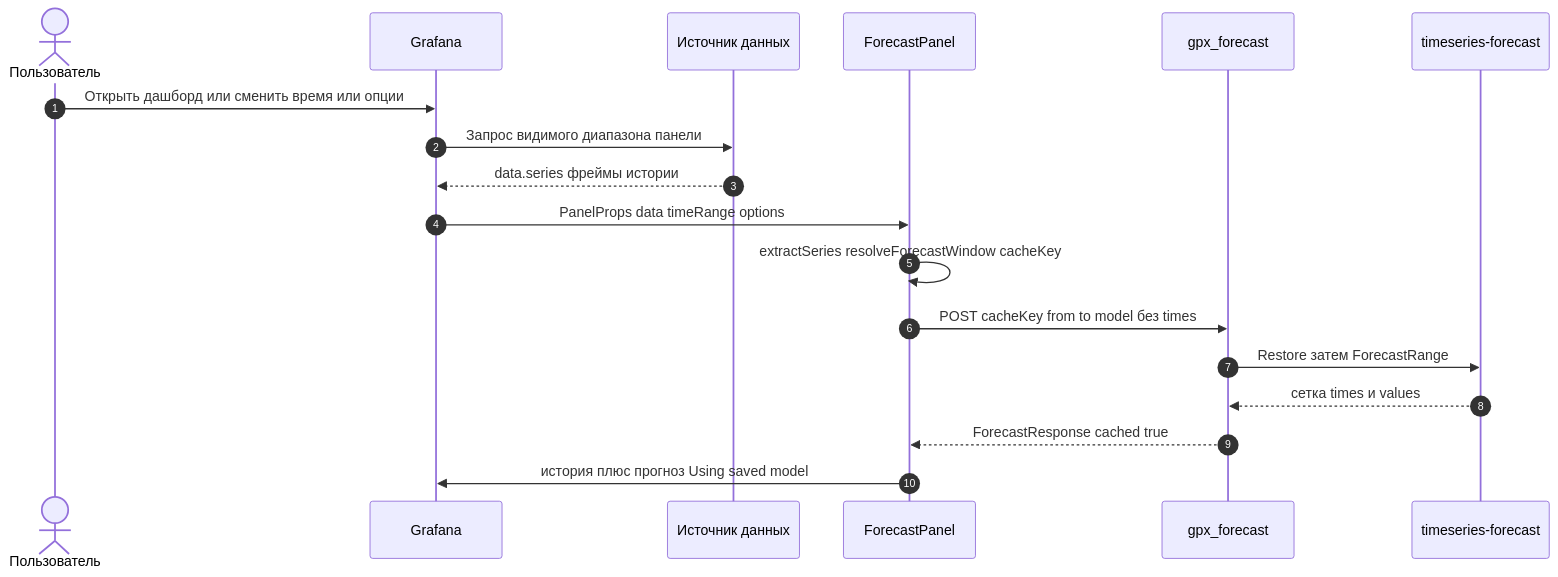
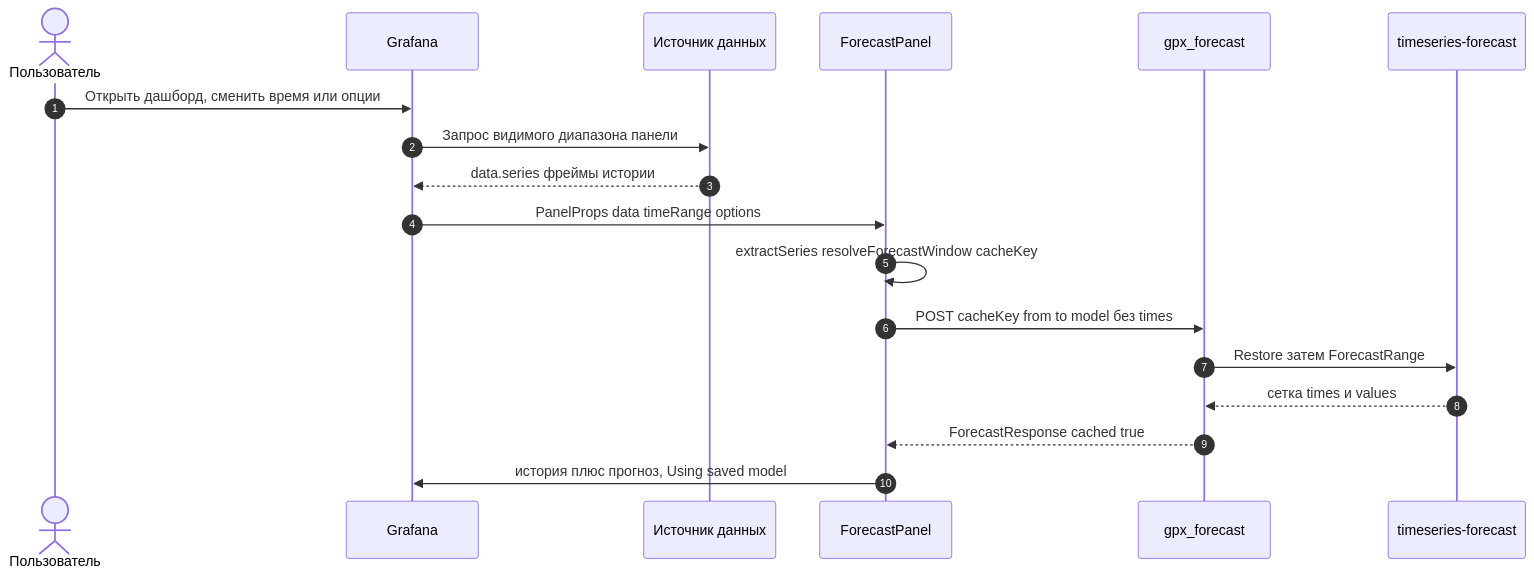
One commit to eduard-kolotushin/timeseries-grafana changed the first of 3 diagrams in diagrams/03-overlay-sequence.md. Above: the diagram before and after it, drawn with Mermaid. The commit also changed other lines of this file and 14 other files, not shown here.

Commit message:
Update diagrams

````diff
--- a/diagrams/03-overlay-sequence.md
+++ b/diagrams/03-overlay-sequence.md
@@ -9,21 +9,21 @@
 ```mermaid
 sequenceDiagram
   autonumber
   actor User as Пользователь
   participant Grafana
   participant DS as Источник данных
   participant Panel as ForecastPanel
   participant BE as gpx_forecast
   participant Lib as timeseries-forecast
 
-  User->>Grafana: Открыть дашборд или сменить время или опции
+  User->>Grafana: Открыть дашборд, сменить время или опции
   Grafana->>DS: Запрос видимого диапазона панели
   DS-->>Grafana: data.series фреймы истории
   Grafana->>Panel: PanelProps data timeRange options
   Panel->>Panel: extractSeries resolveForecastWindow cacheKey
   Panel->>BE: POST cacheKey from to model без times
   BE->>Lib: Restore затем ForecastRange
   Lib-->>BE: сетка times и values
   BE-->>Panel: ForecastResponse cached true
-  Panel->>Grafana: история плюс прогноз Using saved model
+  Panel->>Grafana: история плюс прогноз, Using saved model
 ```
````
